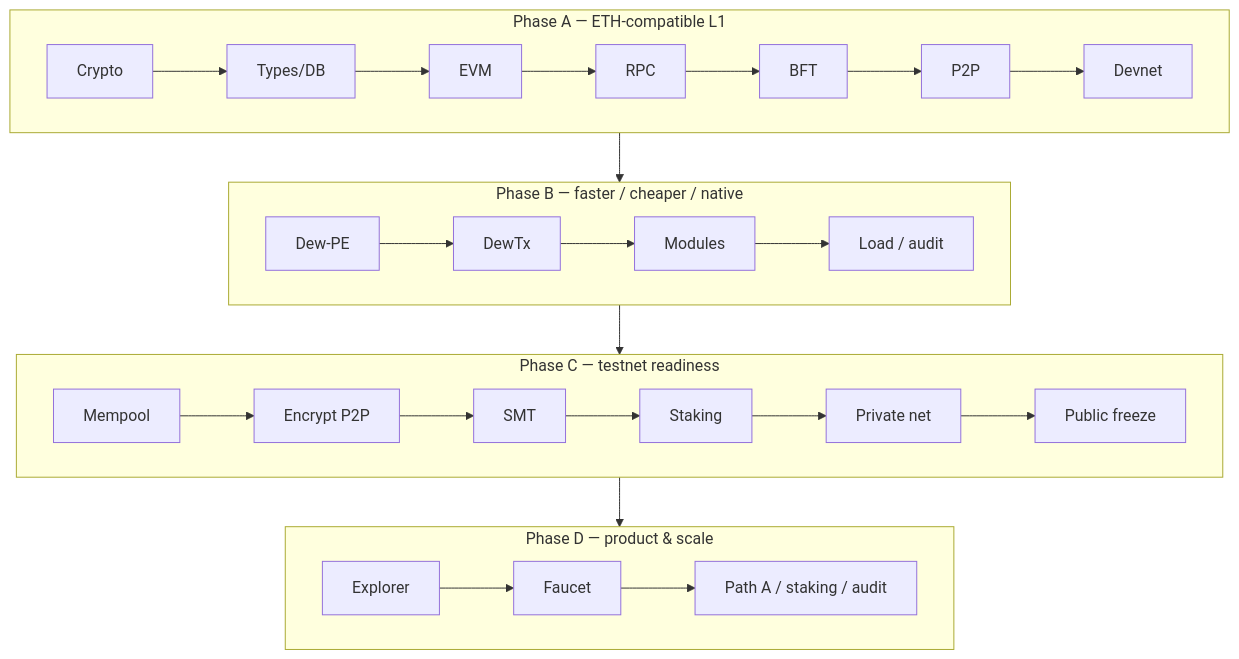
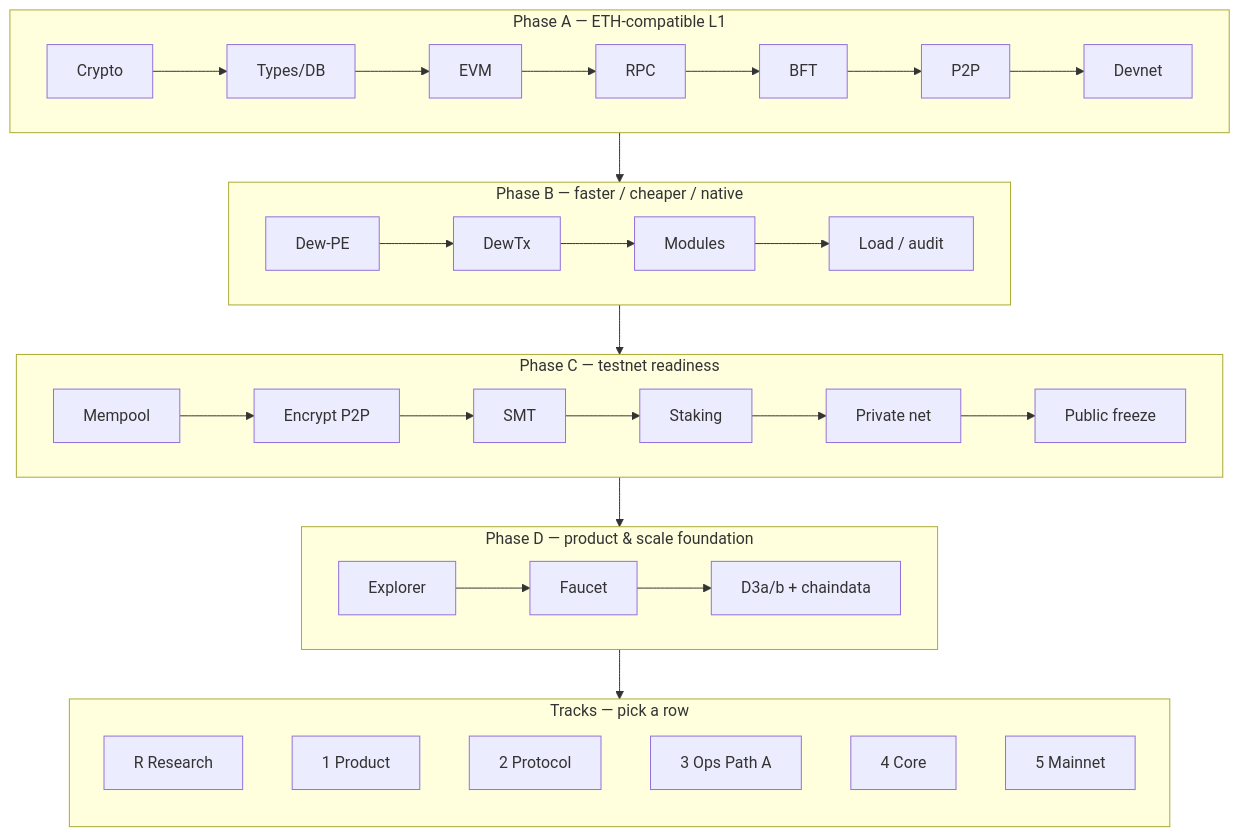
The diagram in docs/build/roadmap.md (dewnetwork/dew), drawn with Mermaid before and after one commit. The commit also changed other lines of this file and 9 other files, not shown here.

````diff
--- a/docs/build/roadmap.md
+++ b/docs/build/roadmap.md
@@ -30,20 +45,29 @@
 ```mermaid
 flowchart TB
   subgraph A["Phase A — ETH-compatible L1"]
     direction LR
     A1[Crypto] --> A2[Types/DB] --> A3[EVM] --> A4[RPC] --> A5[BFT] --> A6[P2P] --> A7[Devnet]
   end
   subgraph B["Phase B — faster / cheaper / native"]
     direction LR
     B1[Dew-PE] --> B2[DewTx] --> B3[Modules] --> B4[Load / audit]
   end
   subgraph C["Phase C — testnet readiness"]
     direction LR
     C1[Mempool] --> C2[Encrypt P2P] --> C3[SMT] --> C4[Staking] --> C5[Private net] --> C6[Public freeze]
   end
-  subgraph D["Phase D — product & scale"]
+  subgraph D["Phase D — product & scale foundation"]
     direction LR
-    D1[Explorer] --> D2[Faucet] --> D3[Path A / staking / audit]
+    D1[Explorer] --> D2[Faucet] --> D3ab[D3a/b + chaindata]
   end
-  A --> B --> C --> D
+  subgraph T["Tracks — pick a row"]
+    direction TB
+    TR[R Research]
+    T1[1 Product]
+    T2[2 Protocol]
+    T3[3 Ops Path A]
+    T4[4 Core]
+    T5[5 Mainnet]
+  end
+  A --> B --> C --> D --> T
 ```
````
